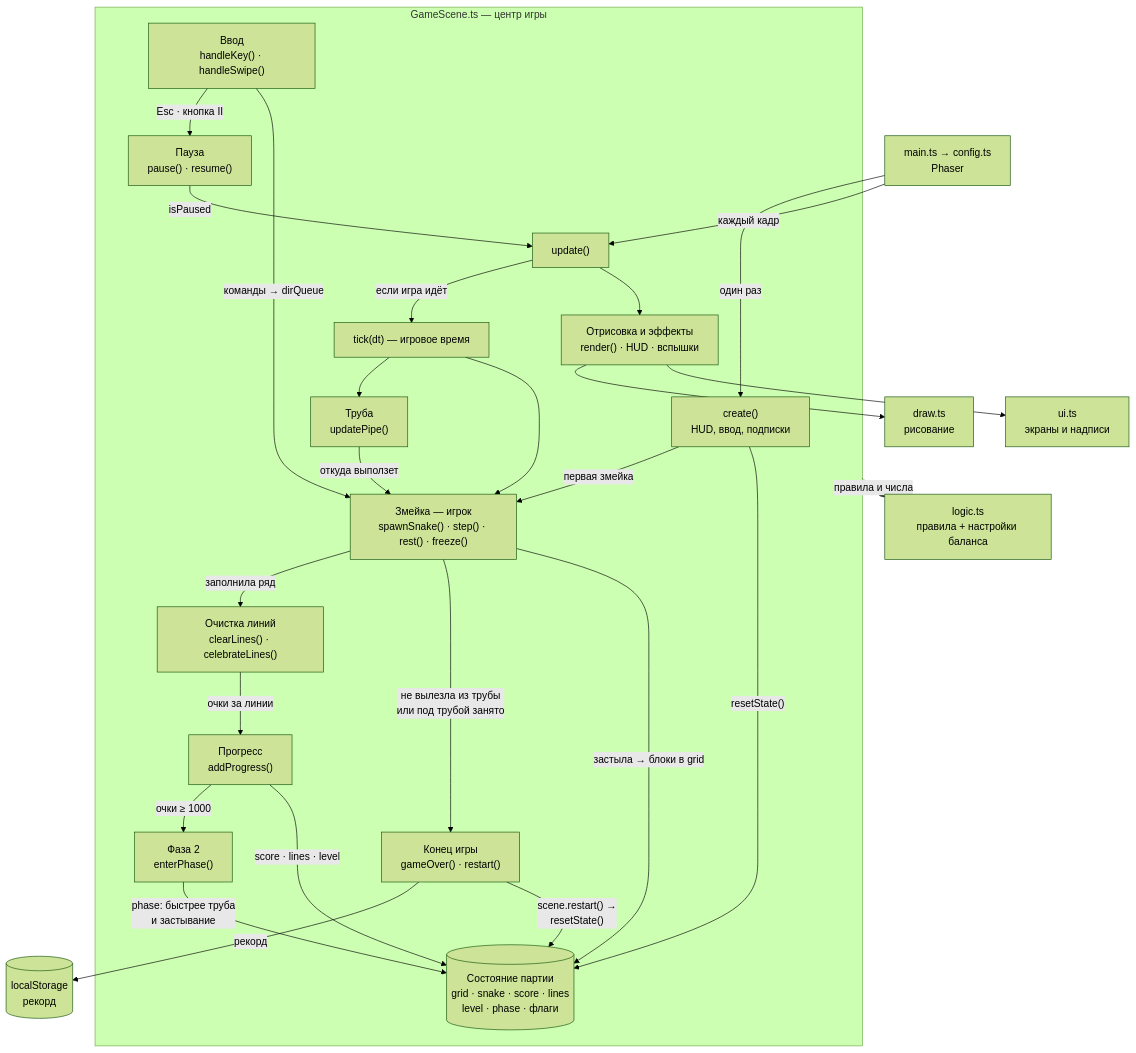
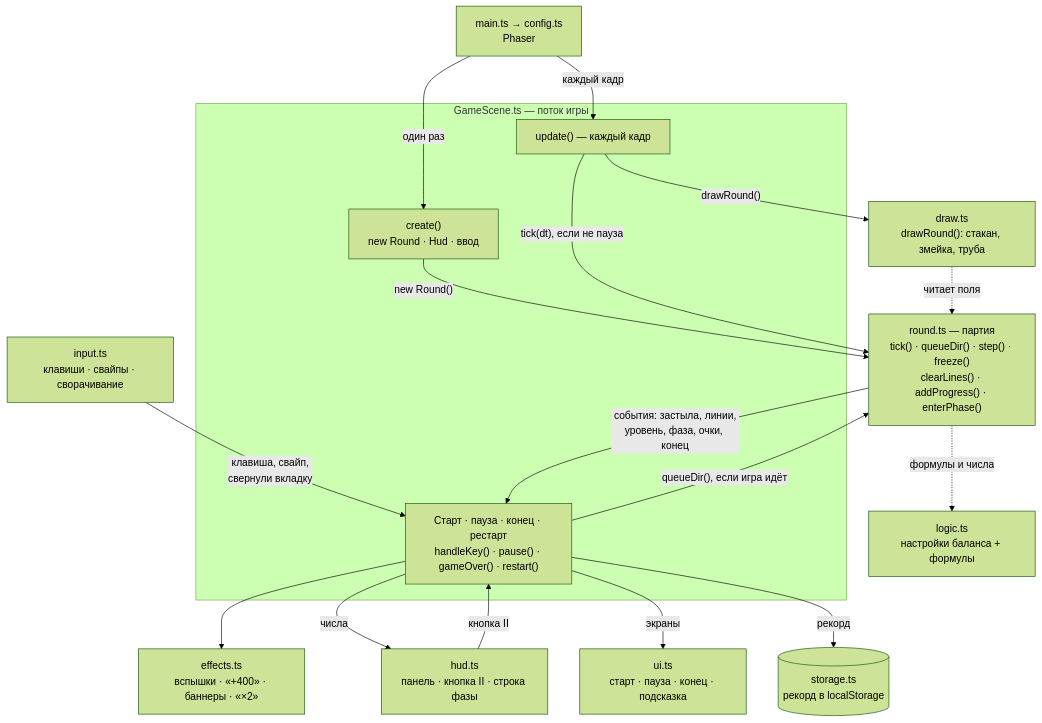
One commit to qwertochyo/gamedev-2026 changed the diagram in ARCHITECTURE.md. Above: the diagram before and after it, drawn with Mermaid (forest theme). The commit also changed other lines of this file and 11 other files, not shown here.

Commit message:
decompose game scene: round, input, hud, effects, storage

````diff
--- a/ARCHITECTURE.md
+++ b/ARCHITECTURE.md
@@ -9,50 +9,35 @@
 ```mermaid
 flowchart TD
   main["main.ts → config.ts<br/>Phaser"]
 
-  subgraph GS["GameScene.ts — центр игры"]
-    create["create()<br/>HUD, ввод, подписки"]
-    input["Ввод<br/>handleKey() · handleSwipe()"]
-    pause["Пауза<br/>pause() · resume()"]
-    update["update()"]
-    tick["tick(dt) — игровое время"]
-    view["Отрисовка и эффекты<br/>render() · HUD · вспышки"]
-    pipe["Труба<br/>updatePipe()"]
-    snake["Змейка — игрок<br/>spawnSnake() · step() · rest() · freeze()"]
-    lines["Очистка линий<br/>clearLines() · celebrateLines()"]
-    progress["Прогресс<br/>addProgress()"]
-    phase["Фаза 2<br/>enterPhase()"]
-    over["Конец игры<br/>gameOver() · restart()"]
-    state[("Состояние партии<br/>grid · snake · score · lines<br/>level · phase · флаги")]
+  subgraph SC["GameScene.ts — поток игры"]
+    create["create()<br/>new Round · Hud · ввод"]
+    update["update() — каждый кадр"]
+    flow["Старт · пауза · конец · рестарт<br/>handleKey() · pause() · gameOver() · restart()"]
   end
 
-  logic["logic.ts<br/>правила + настройки баланса"]
-  draw["draw.ts<br/>рисование"]
-  ui["ui.ts<br/>экраны и надписи"]
-  storage[("localStorage<br/>рекорд")]
+  input["input.ts<br/>клавиши · свайпы · сворачивание"]
+  round["round.ts — партия<br/>tick() · queueDir() · step() · freeze()<br/>clearLines() · addProgress() · enterPhase()"]
+  logic["logic.ts<br/>настройки баланса + формулы"]
+  draw["draw.ts<br/>drawRound(): стакан, змейка, труба"]
+  hud["hud.ts<br/>панель · кнопка II · строка фазы"]
+  effects["effects.ts<br/>вспышки · «+400» · баннеры · «×2»"]
+  ui["ui.ts<br/>старт · пауза · конец · подсказка"]
+  storage[("storage.ts<br/>рекорд в localStorage")]
 
   main -- "один раз" --> create
   main -- "каждый кадр" --> update
-  input -- "Esc · кнопка II" --> pause
-  pause -- "isPaused" --> update
-  update -- "если игра идёт" --> tick
-  update --> view
-  view --> draw
-  view --> ui
-  tick --> pipe
-  tick --> snake
-  input -- "команды → dirQueue" --> snake
-  pipe -- "откуда выползет" --> snake
-  snake -- "заполнила ряд" --> lines
-  lines -- "очки за линии" --> progress
-  progress -- "очки ≥ 1000" --> phase
-  snake -- "не вылезла из трубы<br/>или под трубой занято" --> over
-  over -- "рекорд" --> storage
-  create -- "первая змейка" --> snake
-  create -- "resetState()" --> state
-  snake -- "застыла → блоки в grid" --> state
-  progress -- "score · lines · level" --> state
-  phase -- "phase: быстрее труба<br/>и застывание" --> state
-  over -- "scene.restart() →<br/>resetState()" --> state
-  GS -. "правила и числа" .-> logic
+  create -- "new Round()" --> round
+  input -- "клавиша, свайп,<br/>свернули вкладку" --> flow
+  hud -- "кнопка II" --> flow
+  flow -- "queueDir(), если игра идёт" --> round
+  update -- "tick(dt), если не пауза" --> round
+  update -- "drawRound()" --> draw
+  draw -. "читает поля" .-> round
+  round -- "события: застыла, линии,<br/>уровень, фаза, очки, конец" --> flow
+  flow --> effects
+  flow -- "числа" --> hud
+  flow -- "экраны" --> ui
+  flow -- "рекорд" --> storage
+  round -. "формулы и числа" .-> logic
 ```
````
